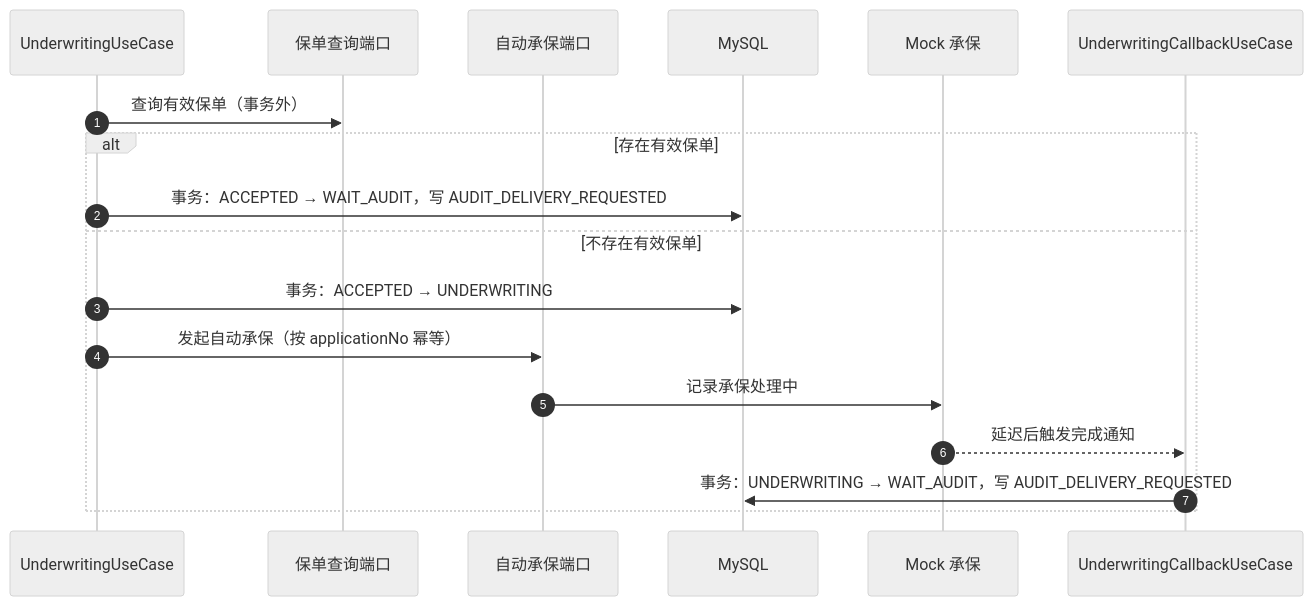
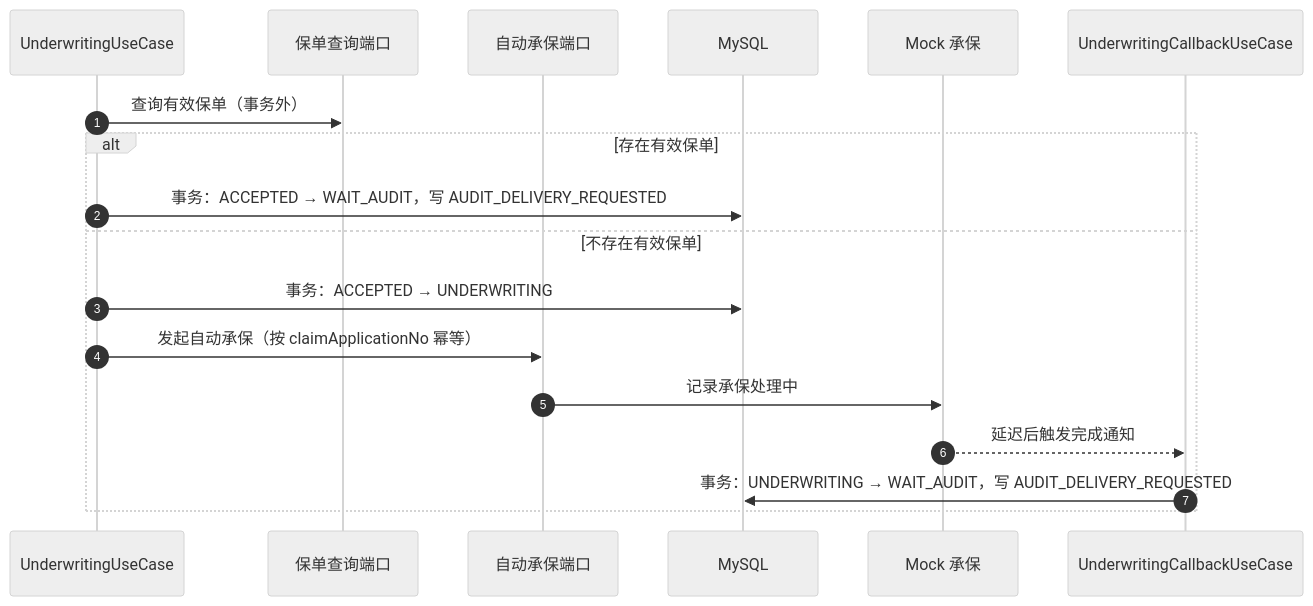
Before and after one commit to wangguangwu/claim-integration-platform: the third of 3 diagrams in specs/004-material-processing-underwriting/design.md, drawn with Mermaid (neutral theme). The commit also changed other lines of this file and 110 other files, not shown here.

First line of the commit message:
理赔申请命名全链路收敛到 claimApplication，消除与 DDD 应用层词汇的歧义

````diff
--- a/specs/004-material-processing-underwriting/design.md
+++ b/specs/004-material-processing-underwriting/design.md
@@ -70,21 +70,21 @@
 ```mermaid
 sequenceDiagram
     autonumber
     participant U as UnderwritingUseCase
     participant P as 保单查询端口
     participant A as 自动承保端口
     participant DB as MySQL
     participant M as Mock 承保
     participant CB as UnderwritingCallbackUseCase
 
     U->>P: 查询有效保单（事务外）
     alt 存在有效保单
         U->>DB: 事务：ACCEPTED → WAIT_AUDIT，写 AUDIT_DELIVERY_REQUESTED
     else 不存在有效保单
         U->>DB: 事务：ACCEPTED → UNDERWRITING
-        U->>A: 发起自动承保（按 applicationNo 幂等）
+        U->>A: 发起自动承保（按 claimApplicationNo 幂等）
         A->>M: 记录承保处理中
         M-->>CB: 延迟后触发完成通知
         CB->>DB: 事务：UNDERWRITING → WAIT_AUDIT，写 AUDIT_DELIVERY_REQUESTED
     end
 ```
````
